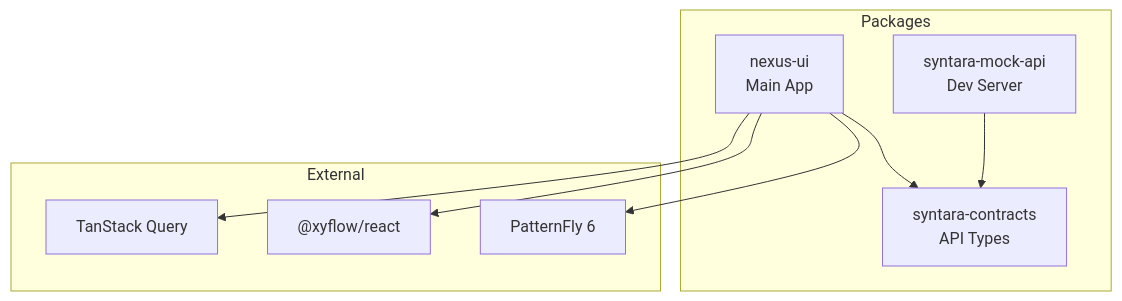
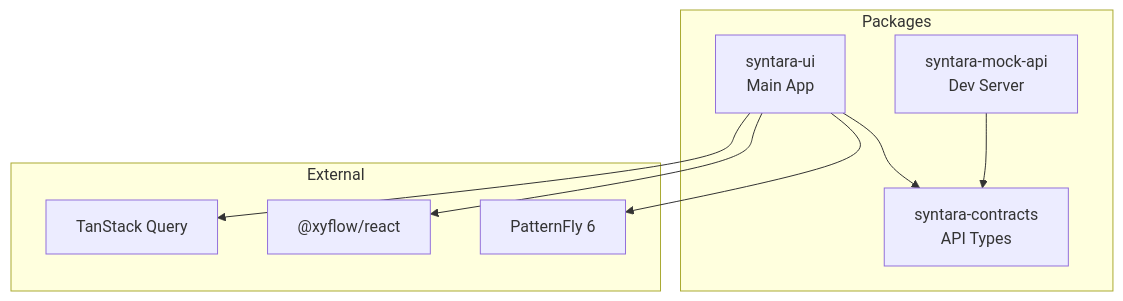
The fourth of 19 diagrams in frontend/docs/architecture.md (alinabuzachis/syntara), drawn with Mermaid before and after one commit. The commit also changed other lines of this file and 2174 other files, not shown here.

First line of the commit message:
refactor: rename @ansible/nexus-ui to @syntara/ui (#1080)

````diff
--- a/frontend/docs/architecture.md
+++ b/frontend/docs/architecture.md
@@ -246,21 +246,21 @@
 ```mermaid
 flowchart TB
   subgraph Packages
-    UI[nexus-ui<br/>Main App]
+    UI[syntara-ui<br/>Main App]
     Contracts[syntara-contracts<br/>API Types]
     Mock[syntara-mock-api<br/>Dev Server]
   end
 
   UI --> Contracts
   Mock --> Contracts
 
   subgraph External
     PatternFly[PatternFly 6]
     ReactFlow["@xyflow/react"]
     TanStack[TanStack Query]
   end
 
   UI --> PatternFly
   UI --> ReactFlow
   UI --> TanStack
 ```
````
